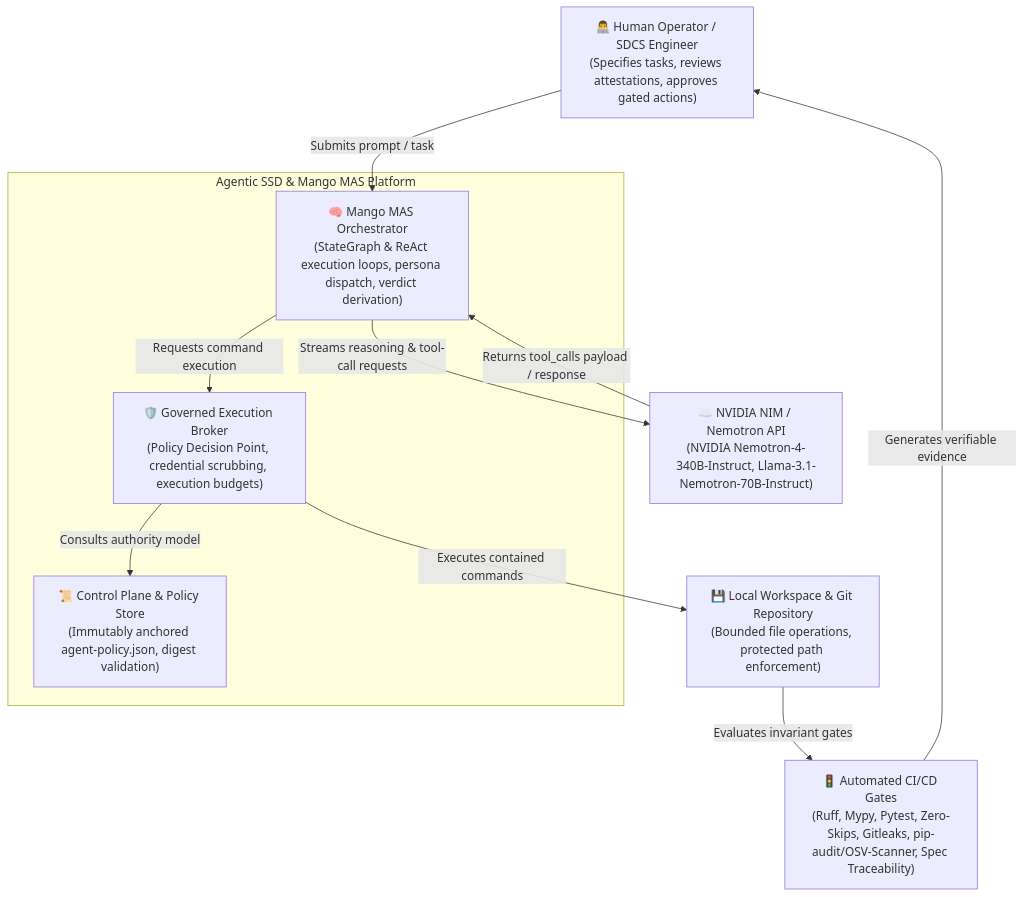
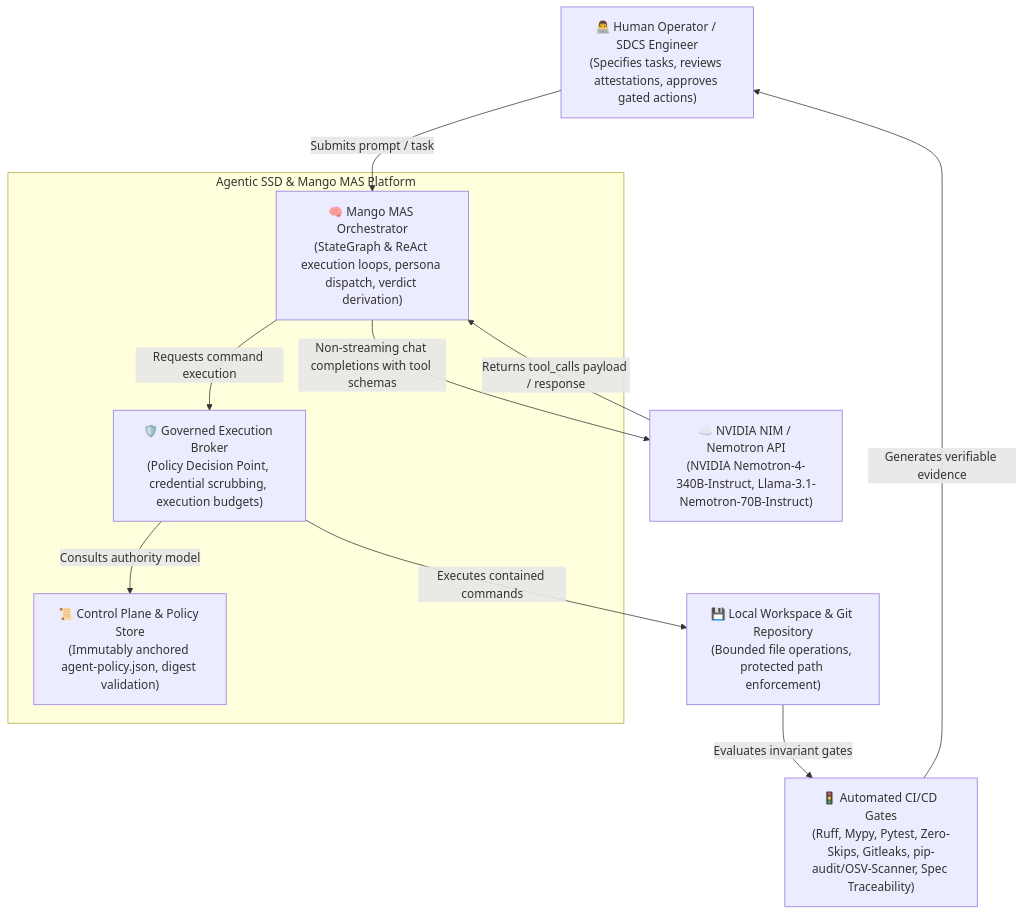
One commit to ianshank/Mango_Code_Agent-Harness changed the first of 8 diagrams in docs/architecture/c4_architecture.md. Above: the diagram before and after it, drawn with Mermaid. The commit also changed other lines of this file and 11 other files, not shown here.

````diff
--- a/docs/architecture/c4_architecture.md
+++ b/docs/architecture/c4_architecture.md
@@ -26,23 +26,23 @@
 ```mermaid
 graph TD
     User["👨‍💻 Human Operator / SDCS Engineer<br/>(Specifies tasks, reviews attestations, approves gated actions)"]
     
     subgraph Harness_System ["Agentic SSD & Mango MAS Platform"]
         Orchestrator["🧠 Mango MAS Orchestrator<br/>(StateGraph & ReAct execution loops, persona dispatch, verdict derivation)"]
         Broker["🛡️ Governed Execution Broker<br/>(Policy Decision Point, credential scrubbing, execution budgets)"]
         ControlPlane["📜 Control Plane & Policy Store<br/>(Immutably anchored agent-policy.json, digest validation)"]
     end
     
     NIM["☁️ NVIDIA NIM / Nemotron API<br/>(NVIDIA Nemotron-4-340B-Instruct, Llama-3.1-Nemotron-70B-Instruct)"]
     LocalFS["💾 Local Workspace & Git Repository<br/>(Bounded file operations, protected path enforcement)"]
     CIGates["🚦 Automated CI/CD Gates<br/>(Ruff, Mypy, Pytest, Zero-Skips, Gitleaks, pip-audit/OSV-Scanner, Spec Traceability)"]
 
     User -->|Submits prompt / task| Orchestrator
-    Orchestrator -->|Streams reasoning & tool-call requests| NIM
+    Orchestrator -->|Non-streaming chat completions with tool schemas| NIM
     NIM -->|Returns tool_calls payload / response| Orchestrator
     Orchestrator -->|Requests command execution| Broker
     Broker -->|Consults authority model| ControlPlane
     Broker -->|Executes contained commands| LocalFS
     LocalFS -->|Evaluates invariant gates| CIGates
     CIGates -->|Generates verifiable evidence| User
 ```
````
